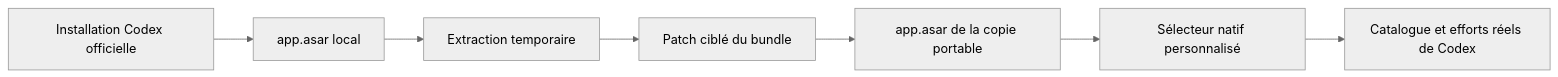
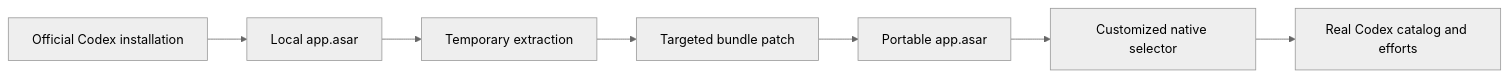
Before and after one commit to Mirochill/codex-native-selector: the diagram in README.md, drawn with Mermaid (neutral theme). The commit also changed other lines of this file, not shown here.

````diff
--- a/README.md
+++ b/README.md
@@ -40,9 +40,9 @@
 ```mermaid
 flowchart LR
-    A[Installation Codex officielle] --> B[app.asar local]
-    B --> C[Extraction temporaire]
-    C --> D[Patch ciblé du bundle]
-    D --> E[app.asar de la copie portable]
-    E --> F[Sélecteur natif personnalisé]
-    F --> G[Catalogue et efforts réels de Codex]
+    A[Official Codex installation] --> B[Local app.asar]
+    B --> C[Temporary extraction]
+    C --> D[Targeted bundle patch]
+    D --> E[Portable app.asar]
+    E --> F[Customized native selector]
+    F --> G[Real Codex catalog and efforts]
 ```
````
